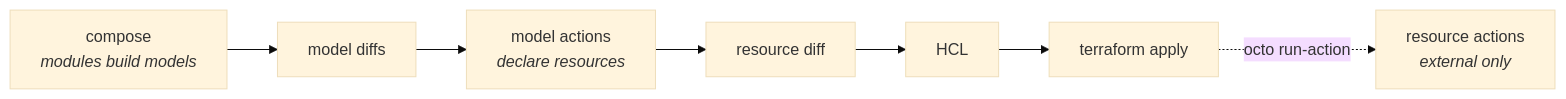
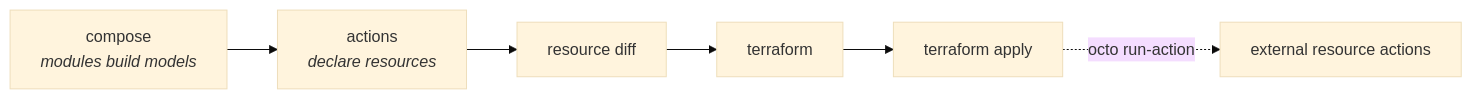
Before and after one commit to quadnix/octo: the diagram in apps/octo-docs/docs/fundamentals/actions.mdx, drawn with Mermaid (base theme). The commit also changed other lines of this file and 22 other files, not shown here.

````diff
--- a/apps/octo-docs/docs/fundamentals/actions.mdx
+++ b/apps/octo-docs/docs/fundamentals/actions.mdx
@@ -128,17 +33,15 @@
 ```mermaid
 graph LR
 ;
     compose["compose<br/><i>modules build models</i>"];
-    modelDiff["model diffs"];
-    modelActions["model actions<br/><i>declare resources</i>"];
+    modelActions["actions<br/><i>declare resources</i>"];
     resourceDiff["resource diff"];
-    hcl["HCL"];
+    hcl["terraform"];
     apply["terraform apply"];
-    resourceActions["resource actions<br/><i>external only</i>"];
-    compose --> modelDiff;
-    modelDiff --> modelActions;
+    resourceActions["external resource actions"];
+    compose --> modelActions;
     modelActions --> resourceDiff;
     resourceDiff --> hcl;
     hcl --> apply;
     apply -.->|" octo run-action "| resourceActions;
 ```
````
